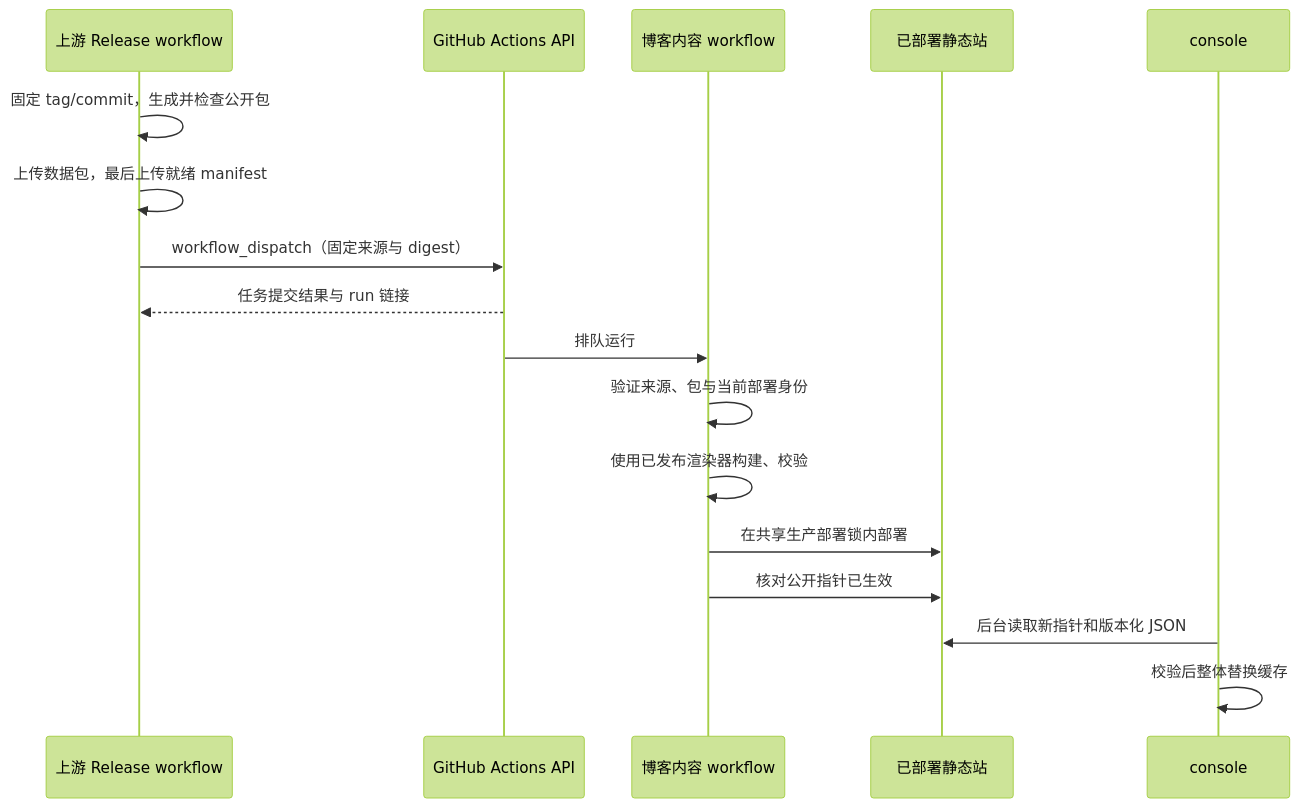
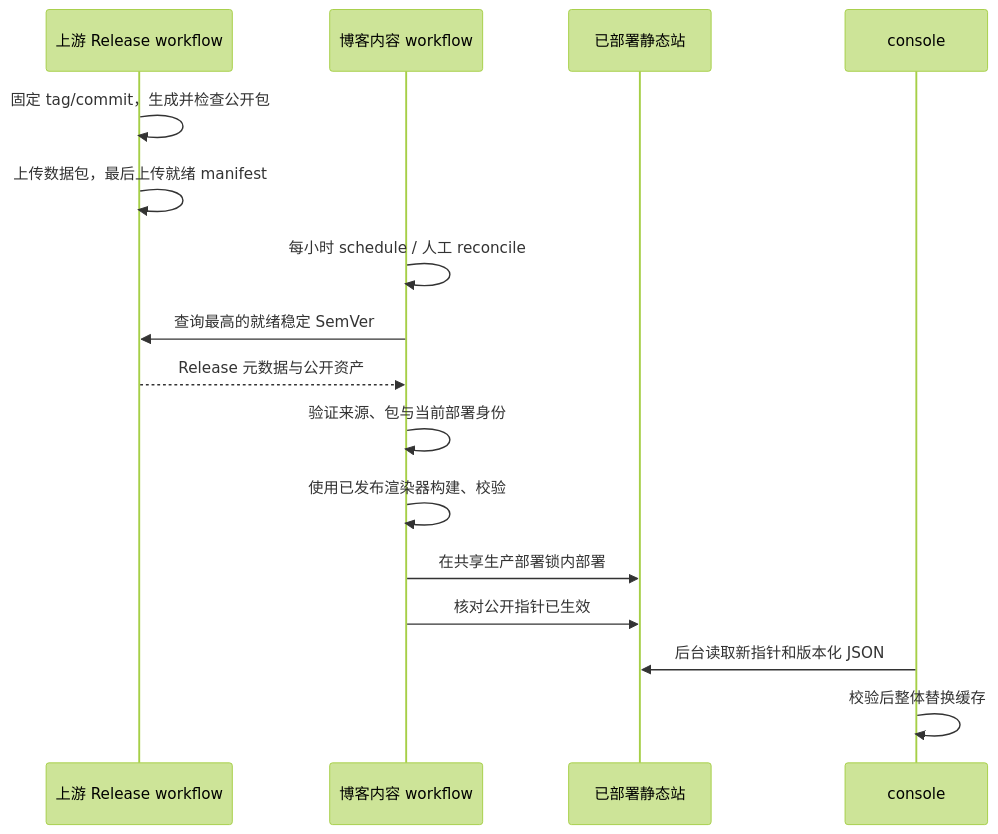
Before and after one commit to IvanLi-CN/blog-26: the diagram in docs/specs/style-playbook-integration/contracts/release-trigger.md, drawn with Mermaid (forest theme). The commit also changed other lines of this file and 8 other files, not shown here.

````diff
--- a/docs/specs/style-playbook-integration/contracts/release-trigger.md
+++ b/docs/specs/style-playbook-integration/contracts/release-trigger.md
@@ -16,19 +16,18 @@
 ```mermaid
 sequenceDiagram
   participant U as 上游 Release workflow
-  participant G as GitHub Actions API
   participant B as 博客内容 workflow
   participant S as 已部署静态站
   participant C as console
   U->>U: 固定 tag/commit，生成并检查公开包
   U->>U: 上传数据包，最后上传就绪 manifest
-  U->>G: workflow_dispatch（固定来源与 digest）
-  G-->>U: 任务提交结果与 run 链接
-  G->>B: 排队运行
+  B->>B: 每小时 schedule / 人工 reconcile
+  B->>U: 查询最高的就绪稳定 SemVer
+  U-->>B: Release 元数据与公开资产
   B->>B: 验证来源、包与当前部署身份
   B->>B: 使用已发布渲染器构建、校验
   B->>S: 在共享生产部署锁内部署
   B->>S: 核对公开指针已生效
   C->>S: 后台读取新指针和版本化 JSON
   C->>C: 校验后整体替换缓存
 ```
````
